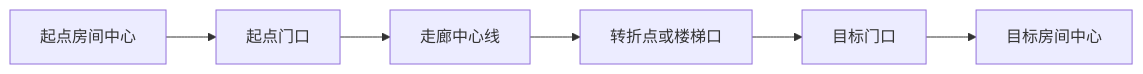
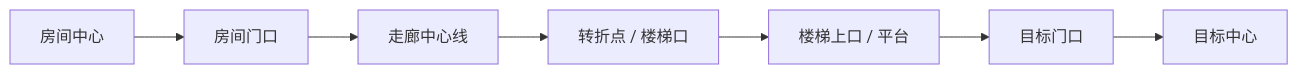
One commit to zzw4257/jingongxiaozi changed the second of 2 diagrams in docs/design-report/金工小子工程训练设计报告.md. Above: the diagram before and after it, drawn with Mermaid. The commit also changed other lines of this file and 17 other files, not shown here.

````diff
--- a/docs/design-report/金工小子工程训练设计报告.md
+++ b/docs/design-report/金工小子工程训练设计报告.md
@@ -163,8 +162,9 @@
 ```mermaid
 flowchart LR
-  A[起点房间中心] --> B[起点门口]
+  A[房间中心] --> B[房间门口]
   B --> C[走廊中心线]
-  C --> D[转折点或楼梯口]
-  D --> E[目标门口]
-  E --> F[目标房间中心]
+  C --> D[转折点 / 楼梯口]
+  D --> E[楼梯上口 / 平台]
+  E --> F[目标门口]
+  F --> G[目标中心]
 ```
````
